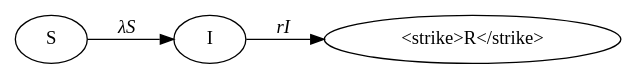
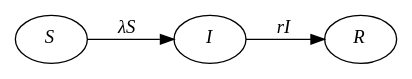
One commit to nathangeffen/epiagents changed the diagram in epiagents/sir.gv. Above: the diagram before and after it, drawn with Graphviz. The commit also changed 5 other files, not shown here.

```diff
--- a/epiagents/sir.gv
+++ b/epiagents/sir.gv
@@ -1,7 +1,10 @@
 digraph sir {
-        rankdir=LR;
-        shape=box;
-        S -> I [label=< <I>λS</I> >]
-        #S -> I [label="<I>βSI/N</I>"];
-        I -> < <strike>R</strike> > [label=< <I>rI</I> >];
-}
+         rankdir=LR;
+         shape=box;
+         S [label=< <I>S</I> >]
+         I [label=< <I>I</I> >]
+         R [label=< <I>R</I> >]
+         S -> I [label=< <I>λS</I> >]
+         #S -> I [label="<I>βSI/N</I>"];
+         I -> R [label=< <I>rI</I> >];
+ }
```
